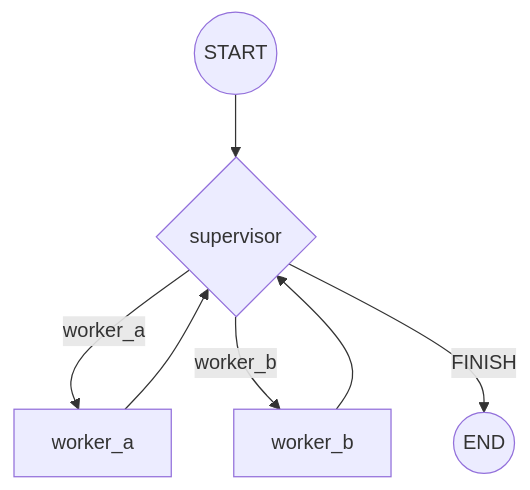
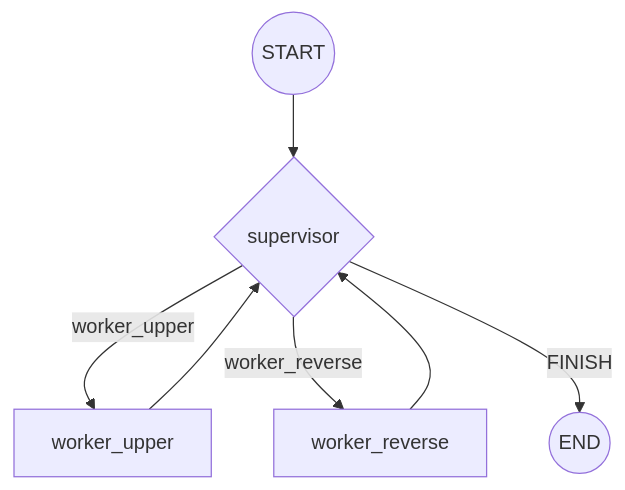
One commit to ranjan-del/langgraph changed the diagram in supervisor/README.md. Above: the diagram before and after it, drawn with Mermaid. The commit also changed 16 other files, not shown here.

````diff
--- a/supervisor/README.md
+++ b/supervisor/README.md
@@ -14,9 +14,9 @@
 ```mermaid
 graph TD
     START((START)) --> S{supervisor}
-    S -->|worker_a| A[worker_a]
-    S -->|worker_b| B[worker_b]
+    S -->|worker_upper| A[worker_upper]
+    S -->|worker_reverse| B[worker_reverse]
     S -->|FINISH| END((END))
     A --> S
     B --> S
 ```
````
